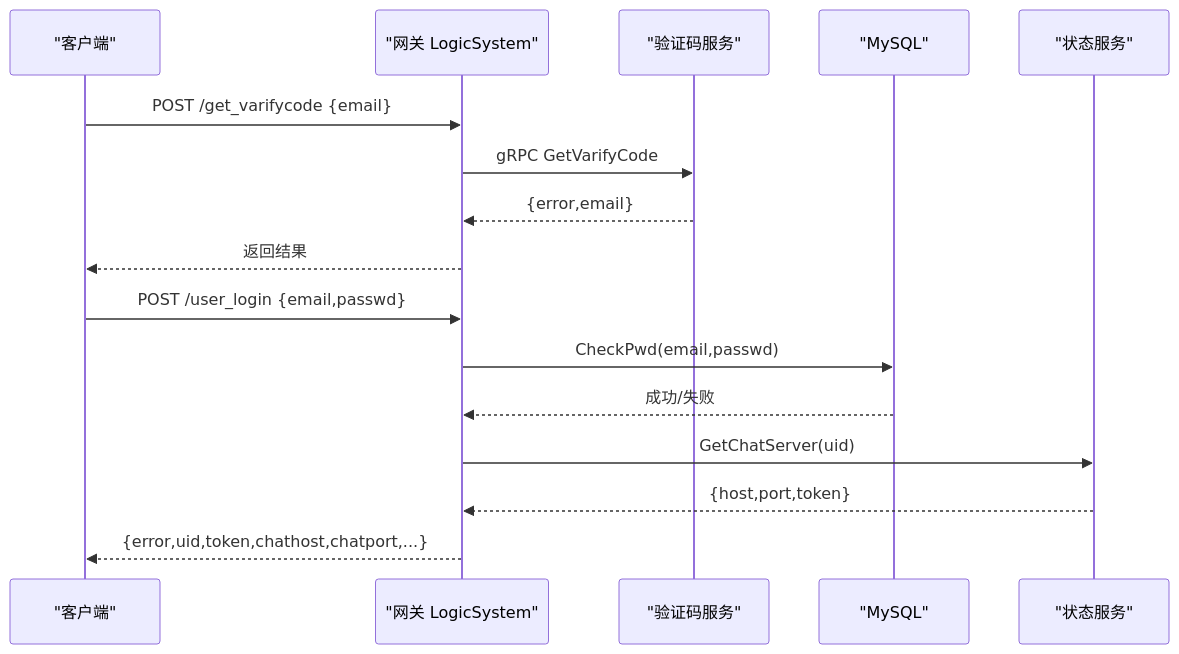
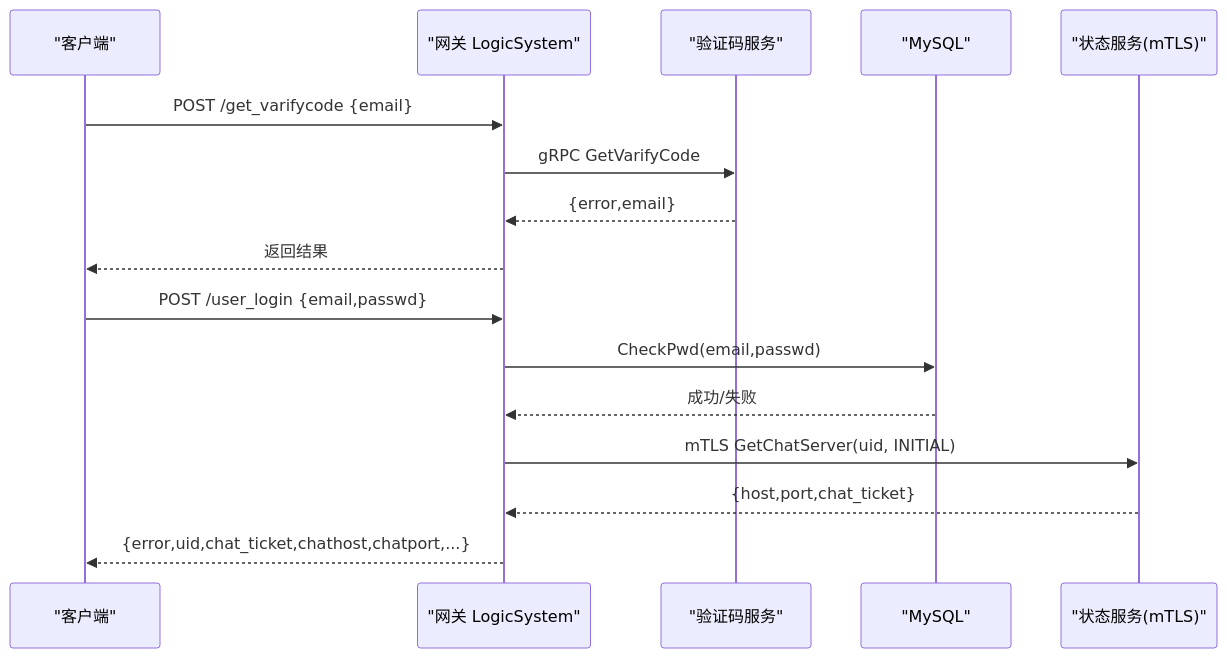
The fourth of 9 diagrams in .qoder/repowiki/zh/content/安全设计/身份认证系统/登录认证系统.md (echo9923/mychatter), drawn with Mermaid before and after one commit. The commit also changed other lines of this file and 107 other files, not shown here.

````diff
--- a/.qoder/repowiki/zh/content/安全设计/身份认证系统/登录认证系统.md
+++ b/.qoder/repowiki/zh/content/安全设计/身份认证系统/登录认证系统.md
@@ -153,18 +171,18 @@
 ```mermaid
 sequenceDiagram
 participant C as "客户端"
 participant G as "网关 LogicSystem"
 participant V as "验证码服务"
 participant M as "MySQL"
-participant S as "状态服务"
+participant S as "状态服务(mTLS)"
 C->>G : POST /get_varifycode {email}
 G->>V : gRPC GetVarifyCode
 V-->>G : {error,email}
 G-->>C : 返回结果
 C->>G : POST /user_login {email,passwd}
 G->>M : CheckPwd(email,passwd)
 M-->>G : 成功/失败
-G->>S : GetChatServer(uid)
-S-->>G : {host,port,token}
-G-->>C : {error,uid,token,chathost,chatport,...}
+G->>S : mTLS GetChatServer(uid, INITIAL)
+S-->>G : {host,port,chat_ticket}
+G-->>C : {error,uid,chat_ticket,chathost,chatport,...}
 ```
````
